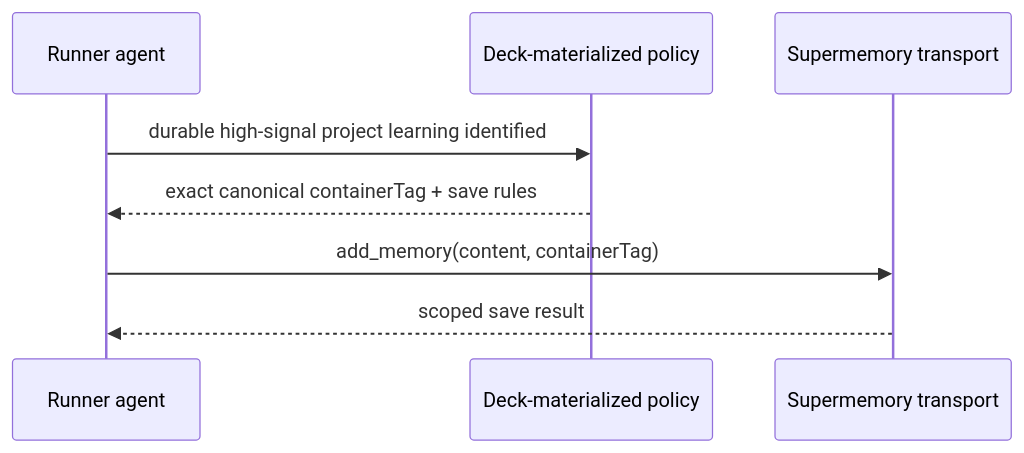
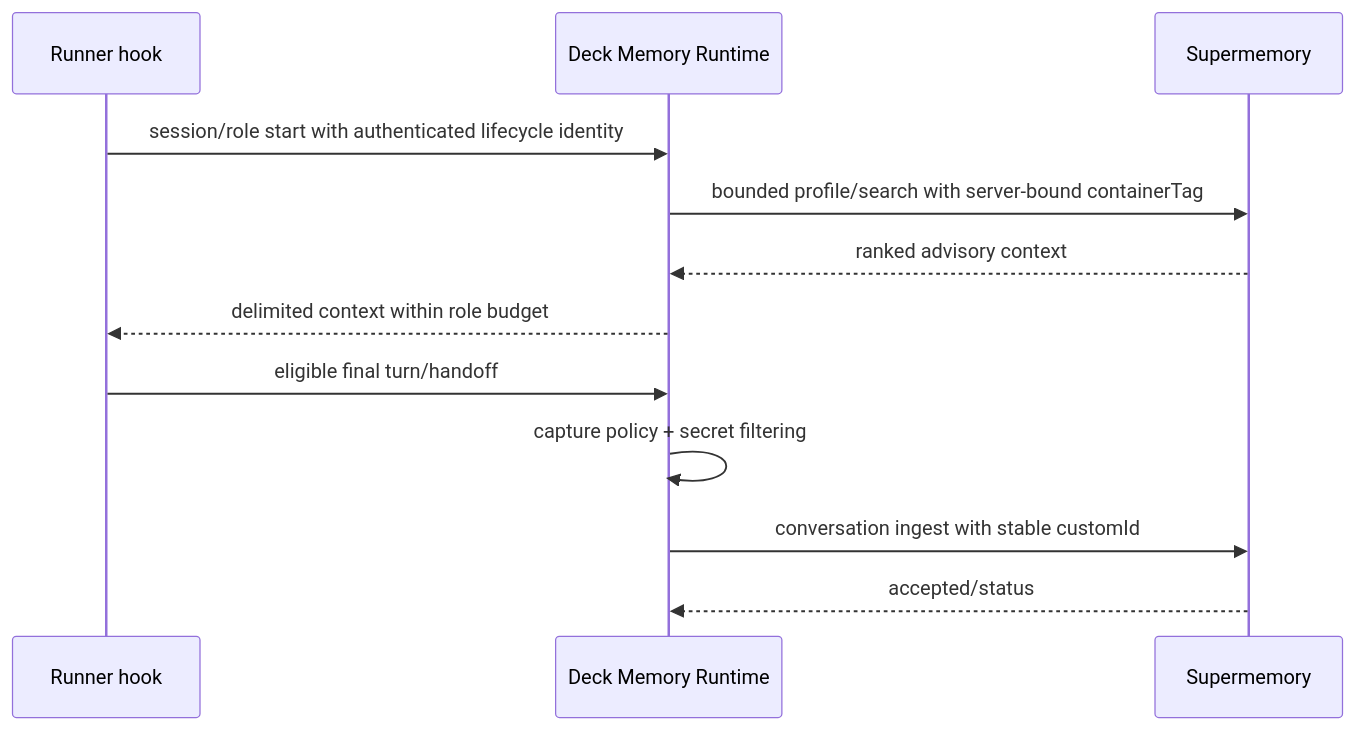
One commit to kevin15011/deck changed the first of 2 diagrams in openspec/changes/canonical-supermemory-conversation-memory/design.md. Above: the diagram before and after it, drawn with Mermaid. The commit also changed other lines of this file and 172 other files, not shown here.

First line of the commit message:
feat(memory): add automatic Supermemory runtime

````diff
--- a/openspec/changes/canonical-supermemory-conversation-memory/design.md
+++ b/openspec/changes/canonical-supermemory-conversation-memory/design.md
@@ -59,10 +55,14 @@
 ```mermaid
 sequenceDiagram
-    participant R as Runner agent
-    participant D as Deck-materialized policy
-    participant S as Supermemory transport
-    R->>D: durable high-signal project learning identified
-    D-->>R: exact canonical containerTag + save rules
-    R->>S: add_memory(content, containerTag)
-    S-->>R: scoped save result
+    participant R as Runner hook
+    participant D as Deck Memory Runtime
+    participant S as Supermemory
+    R->>D: session/role start with authenticated lifecycle identity
+    D->>S: bounded profile/search with server-bound containerTag
+    S-->>D: ranked advisory context
+    D-->>R: delimited context within role budget
+    R->>D: eligible final turn/handoff
+    D->>D: capture policy + secret filtering
+    D->>S: conversation ingest with stable customId
+    S-->>D: accepted/status
 ```
````
